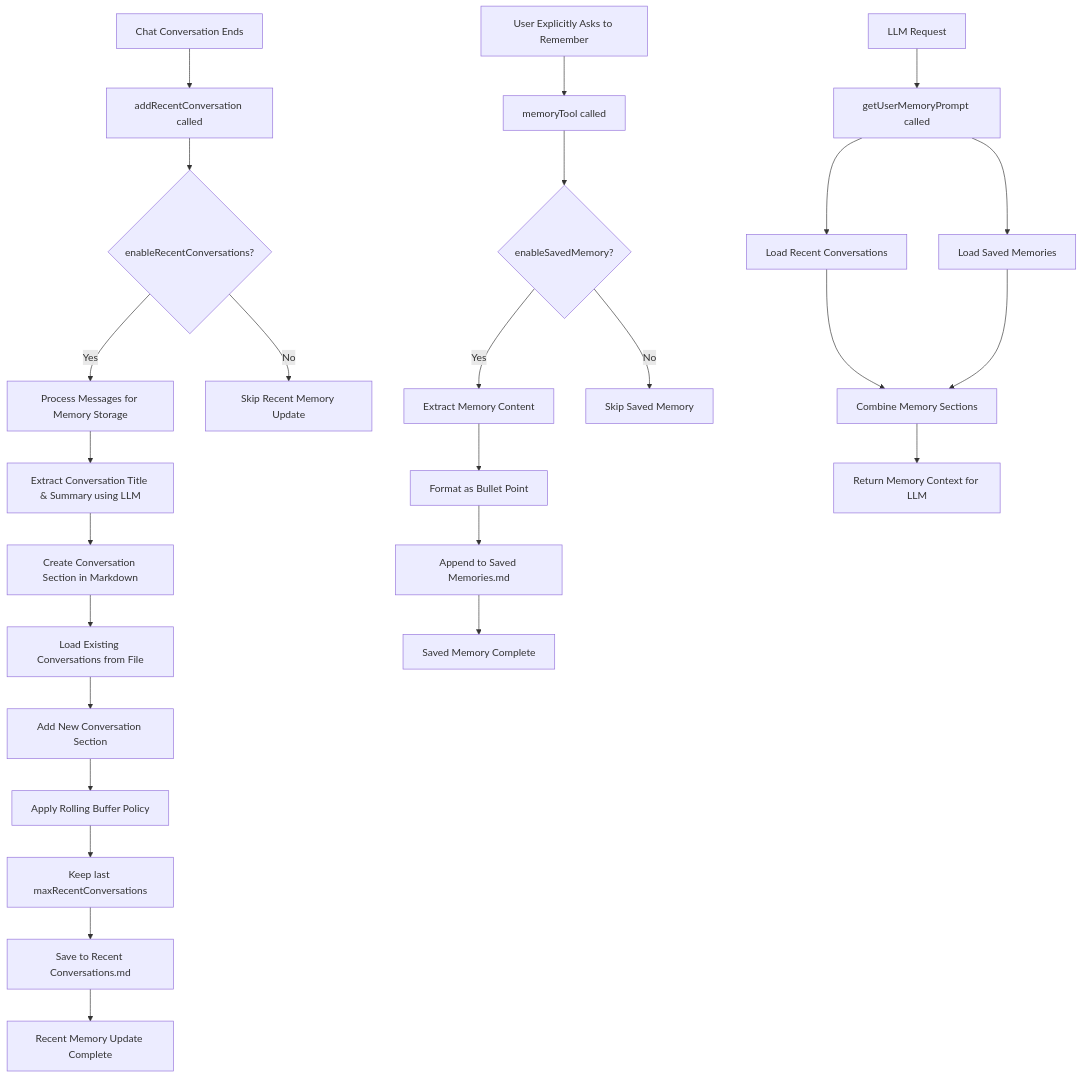
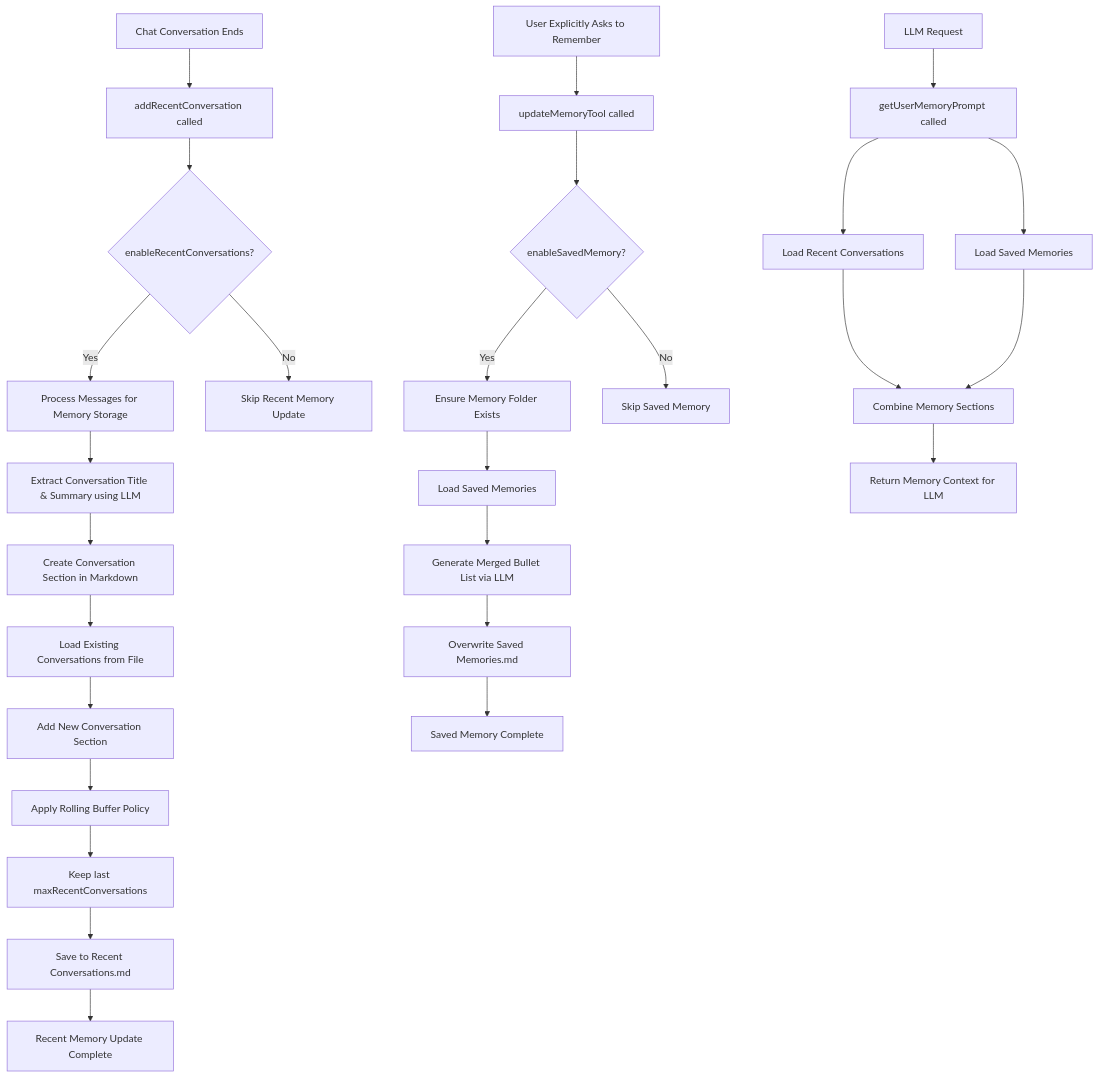
The diagram in src/memory/memory-design.md (logancyang/obsidian-copilot), drawn with Mermaid before and after one commit. The commit also changed other lines of this file and 7 other files, not shown here.

Commit message:
Add CRUD to Saved Memory (#1929)

````diff
--- a/src/memory/memory-design.md
+++ b/src/memory/memory-design.md
@@ -12,34 +12,35 @@
 ```mermaid
 graph TD
     %% Recent Conversations Flow
     A[Chat Conversation Ends] --> B[addRecentConversation called]
     B --> C{enableRecentConversations?}
     C -->|Yes| D[Process Messages for Memory Storage]
     C -->|No| Z1[Skip Recent Memory Update]
 
     D --> E[Extract Conversation Title & Summary using LLM]
     E --> F[Create Conversation Section in Markdown]
     F --> G[Load Existing Conversations from File]
     G --> H[Add New Conversation Section]
     H --> I[Apply Rolling Buffer Policy]
     I --> J[Keep last maxRecentConversations]
     J --> K[Save to Recent Conversations.md]
     K --> L[Recent Memory Update Complete]
 
     %% Saved Memory Flow
-    M[User Explicitly Asks to Remember] --> N[memoryTool called]
+    M[User Explicitly Asks to Remember] --> N[updateMemoryTool called]
     N --> O{enableSavedMemory?}
-    O -->|Yes| P[Extract Memory Content]
+    O -->|Yes| P[Ensure Memory Folder Exists]
     O -->|No| Z2[Skip Saved Memory]
-    P --> Q[Format as Bullet Point]
-    Q --> R[Append to Saved Memories.md]
-    R --> S[Saved Memory Complete]
+    P --> Q[Load Saved Memories]
+    Q --> R[Generate Merged Bullet List via LLM]
+    R --> S[Overwrite Saved Memories.md]
+    S --> T_saved[Saved Memory Complete]
 
     %% Memory Retrieval
-    T[LLM Request] --> U[getUserMemoryPrompt called]
-    U --> V[Load Recent Conversations]
-    U --> W[Load Saved Memories]
-    V --> X[Combine Memory Sections]
-    W --> X
-    X --> Y[Return Memory Context for LLM]
+    U[LLM Request] --> V[getUserMemoryPrompt called]
+    V --> W[Load Recent Conversations]
+    V --> X[Load Saved Memories]
+    W --> Y[Combine Memory Sections]
+    X --> Y
+    Y --> Z[Return Memory Context for LLM]
 ```
````
